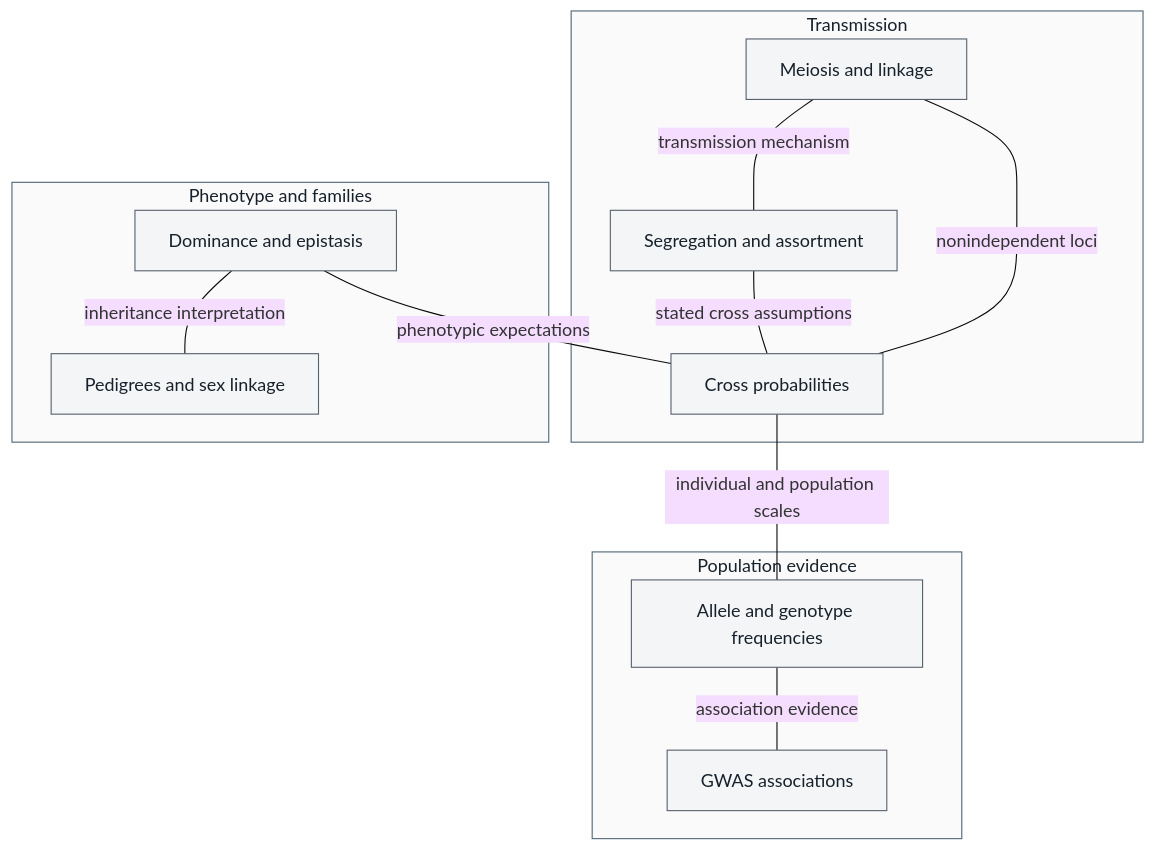
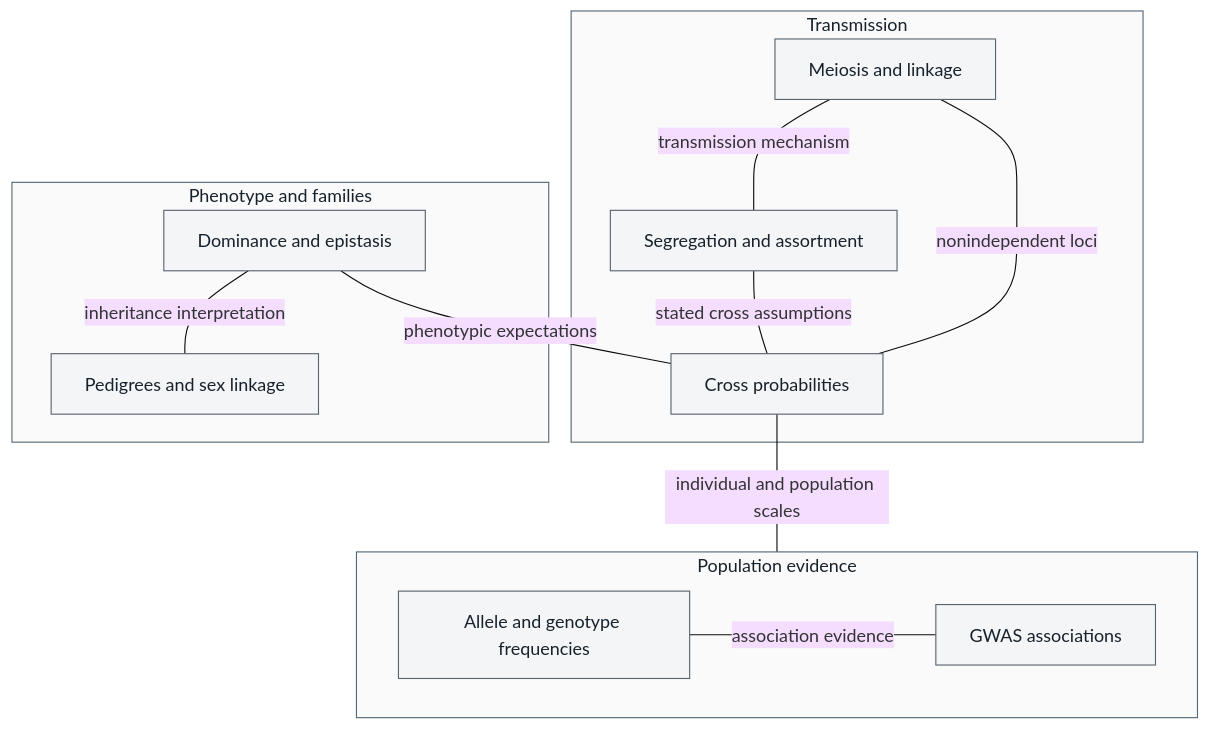
Before and after one commit to docxology/biology_textbook: the diagram in docs/manuscript/unit_V/unit_intro.md, drawn with Mermaid (base theme). The commit also changed 18 other files, not shown here.

Commit message:
Close scientific peer findings and prove collision-free graphical overview sources

````diff
--- a/docs/manuscript/unit_V/unit_intro.md
+++ b/docs/manuscript/unit_V/unit_intro.md
@@ -46,31 +46,31 @@
 ```mermaid
 ---
 config:
   layout: dagre
 ---
 graph TD
     subgraph T["Transmission"]
         S["Segregation and assortment"]
         M["Meiosis and linkage"]
         C["Cross probabilities"]
     end
     subgraph P["Phenotype and families"]
         D["Dominance and epistasis"]
         F["Pedigrees and sex linkage"]
     end
     subgraph E["Population evidence"]
         A["Allele and genotype frequencies"]
         G["GWAS associations"]
     end
     M ---|"transmission mechanism"| S
     S ---|"stated cross assumptions"| C
     M ---|"nonindependent loci"| C
     D ---|"phenotypic expectations"| C
     D ---|"inheritance interpretation"| F
-    C ---|"individual and population scales"| A
+    C ---|"individual and population scales"| E
     A ---|"association evidence"| G
     classDef default fill:#f4f5f6,stroke:#59636e,color:#17212b
     style T fill:#fafafa,stroke:#526777,color:#17212b
     style P fill:#fafafa,stroke:#526777,color:#17212b
     style E fill:#fafafa,stroke:#526777,color:#17212b
 ```
````
